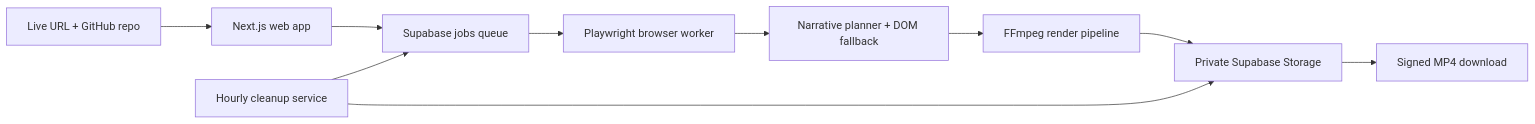
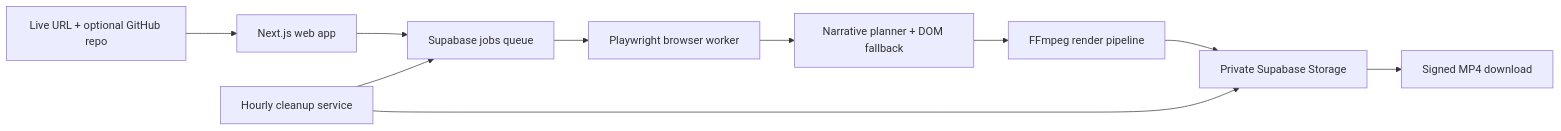
One commit to Hixly/DemoBro changed the diagram in README.md. Above: the diagram before and after it, drawn with Mermaid. The commit also changed other lines of this file and 7 other files, not shown here.

Commit message:
Make GitHub context optional (#18)

````diff
--- a/README.md
+++ b/README.md
@@ -35,12 +35,12 @@
 ```mermaid
 flowchart LR
-    U["Live URL + GitHub repo"] --> W["Next.js web app"]
+    U["Live URL + optional GitHub repo"] --> W["Next.js web app"]
     W --> Q["Supabase jobs queue"]
     Q --> B["Playwright browser worker"]
     B --> G["Narrative planner + DOM fallback"]
     G --> F["FFmpeg render pipeline"]
     F --> S["Private Supabase Storage"]
     S --> D["Signed MP4 download"]
     C["Hourly cleanup service"] --> Q
     C --> S
 ```
````
